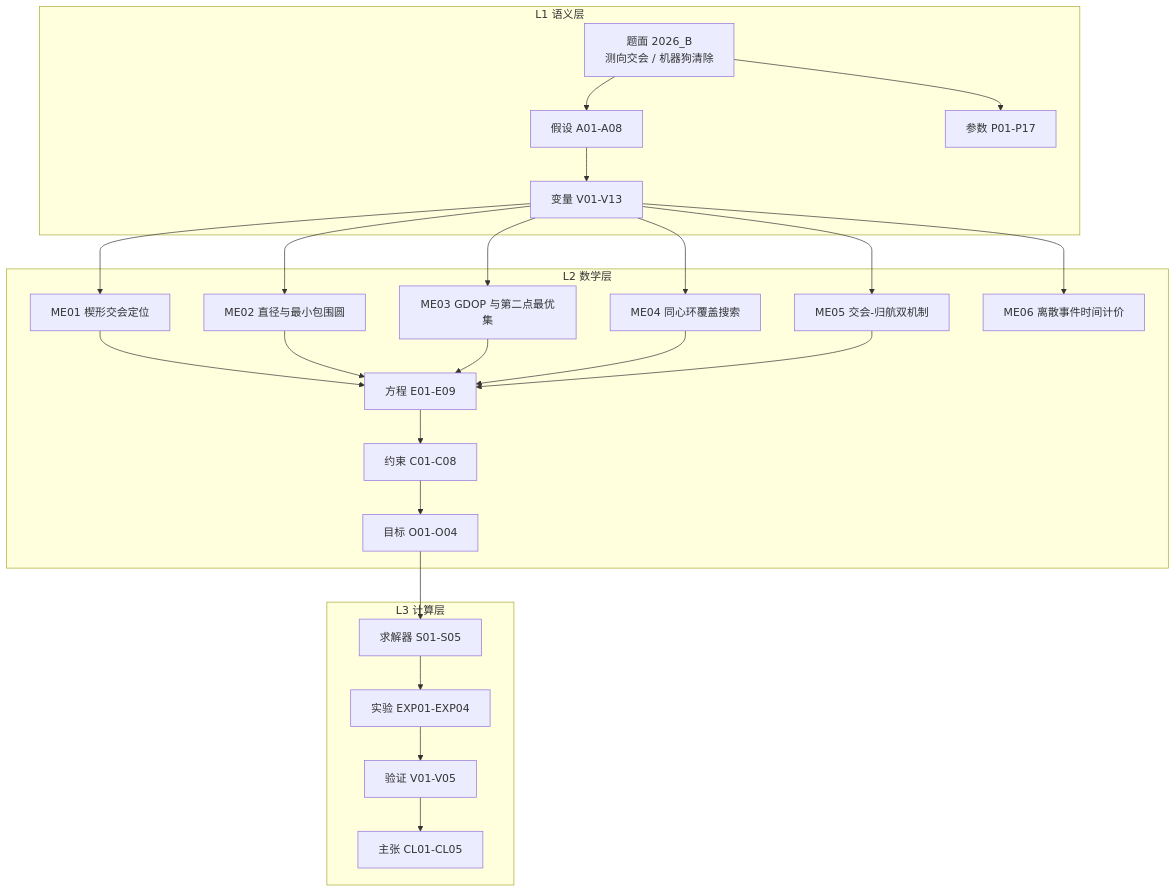
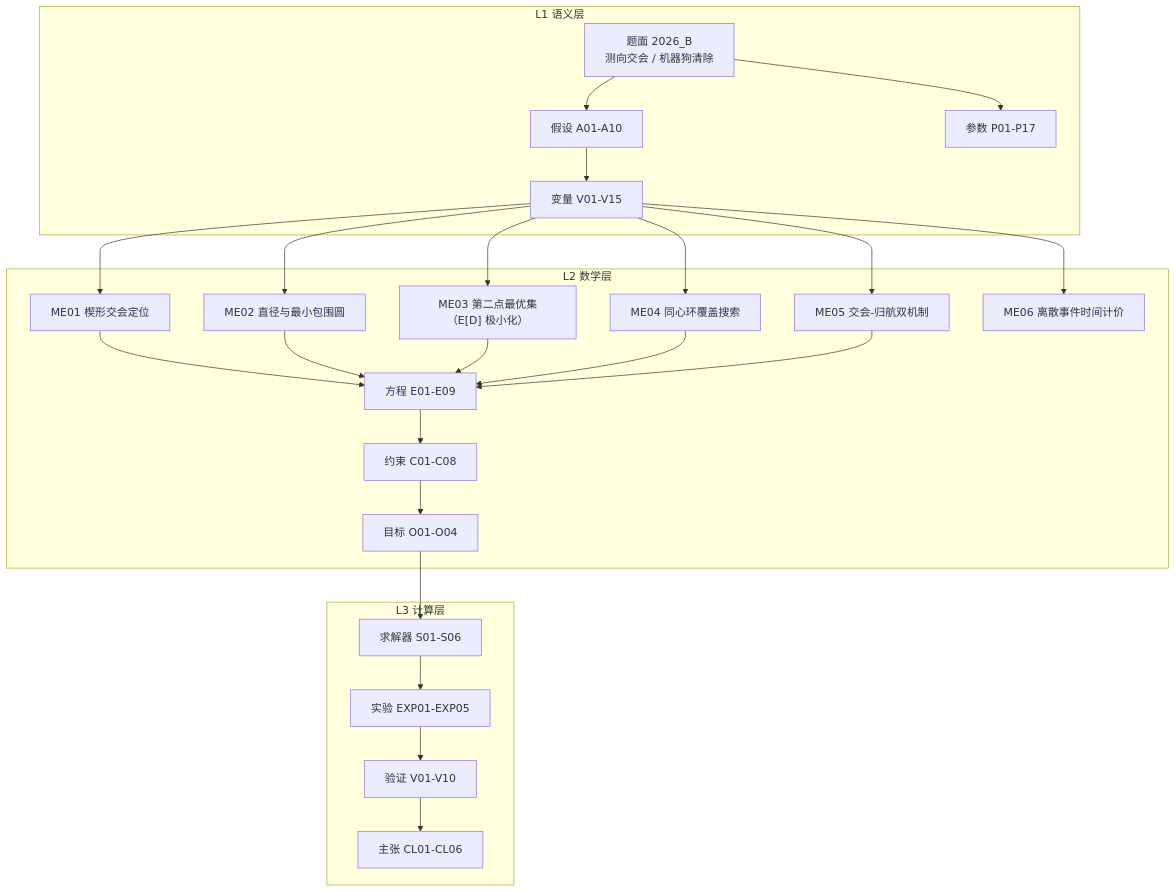
The diagram in projects/cumcm2026b/model.md (LinHoMo/MathModel), drawn with Mermaid before and after one commit. The commit also changed other lines of this file and 15 other files, not shown here.

First line of the commit message:
feat(cumcm2026b): 模型声明层回填 + 二维几何图示 + 模拟器环境记录

````diff
--- a/projects/cumcm2026b/model.md
+++ b/projects/cumcm2026b/model.md
@@ -23,29 +23,29 @@
 ```mermaid
 flowchart TB
     subgraph L1["L1 语义层"]
-        P["题面 2026_B<br/>测向交会 / 机器狗清除"] --> A["假设 A01-A08"]
+        P["题面 2026_B<br/>测向交会 / 机器狗清除"] --> A["假设 A01-A10"]
         P --> PR["参数 P01-P17"]
-        A --> V["变量 V01-V13"]
+        A --> V["变量 V01-V15"]
     end
     subgraph L2["L2 数学层"]
         V --> ME1["ME01 楔形交会定位"]
         V --> ME2["ME02 直径与最小包围圆"]
-        V --> ME3["ME03 GDOP 与第二点最优集"]
+        V --> ME3["ME03 第二点最优集（E[D] 极小化）"]
         V --> ME4["ME04 同心环覆盖搜索"]
         V --> ME5["ME05 交会-归航双机制"]
         V --> ME6["ME06 离散事件时间计价"]
         ME1 --> EQ["方程 E01-E09"]
         ME2 --> EQ
         ME3 --> EQ
         ME4 --> EQ
         ME5 --> EQ
         EQ --> CT["约束 C01-C08"]
         CT --> OB["目标 O01-O04"]
     end
     subgraph L3["L3 计算层"]
-        OB --> S["求解器 S01-S05"]
-        S --> EX["实验 EXP01-EXP04"]
-        EX --> VA["验证 V01-V05"]
-        VA --> CL["主张 CL01-CL05"]
+        OB --> S["求解器 S01-S06"]
+        S --> EX["实验 EXP01-EXP05"]
+        EX --> VA["验证 V01-V10"]
+        VA --> CL["主张 CL01-CL06"]
     end
 ```
````
